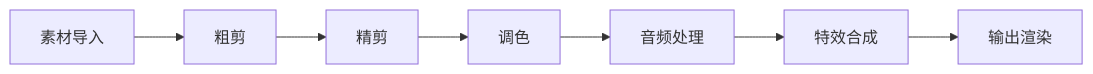
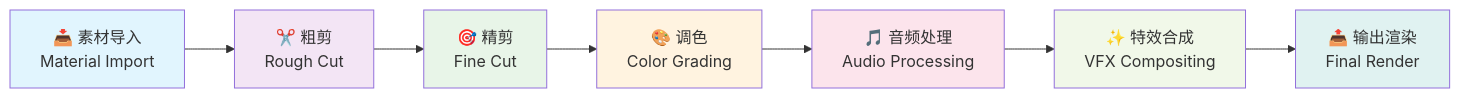
Before and after one commit to tonyshen2003/docs-debug: the diagram in docs/guide/digital-video-post-production/index.md, drawn with Mermaid. The commit also changed other lines of this file and 2 other files, not shown here.

````diff
--- a/docs/guide/digital-video-post-production/index.md
+++ b/docs/guide/digital-video-post-production/index.md
@@ -16,9 +35,17 @@
 ```mermaid
 graph LR
-    A[素材导入] --> B[粗剪]
-    B --> C[精剪]
-    C --> D[调色]
-    D --> E[音频处理]
-    E --> F[特效合成]
-    F --> G[输出渲染]
+    A[📥 素材导入<br/>Material Import] --> B[✂️ 粗剪<br/>Rough Cut]
+    B --> C[🎯 精剪<br/>Fine Cut]
+    C --> D[🎨 调色<br/>Color Grading]
+    D --> E[🎵 音频处理<br/>Audio Processing]
+    E --> F[✨ 特效合成<br/>VFX Compositing]
+    F --> G[📤 输出渲染<br/>Final Render]
+    
+    style A fill:#e1f5fe
+    style B fill:#f3e5f5
+    style C fill:#e8f5e8
+    style D fill:#fff3e0
+    style E fill:#fce4ec
+    style F fill:#f1f8e9
+    style G fill:#e0f2f1
 ```
````
